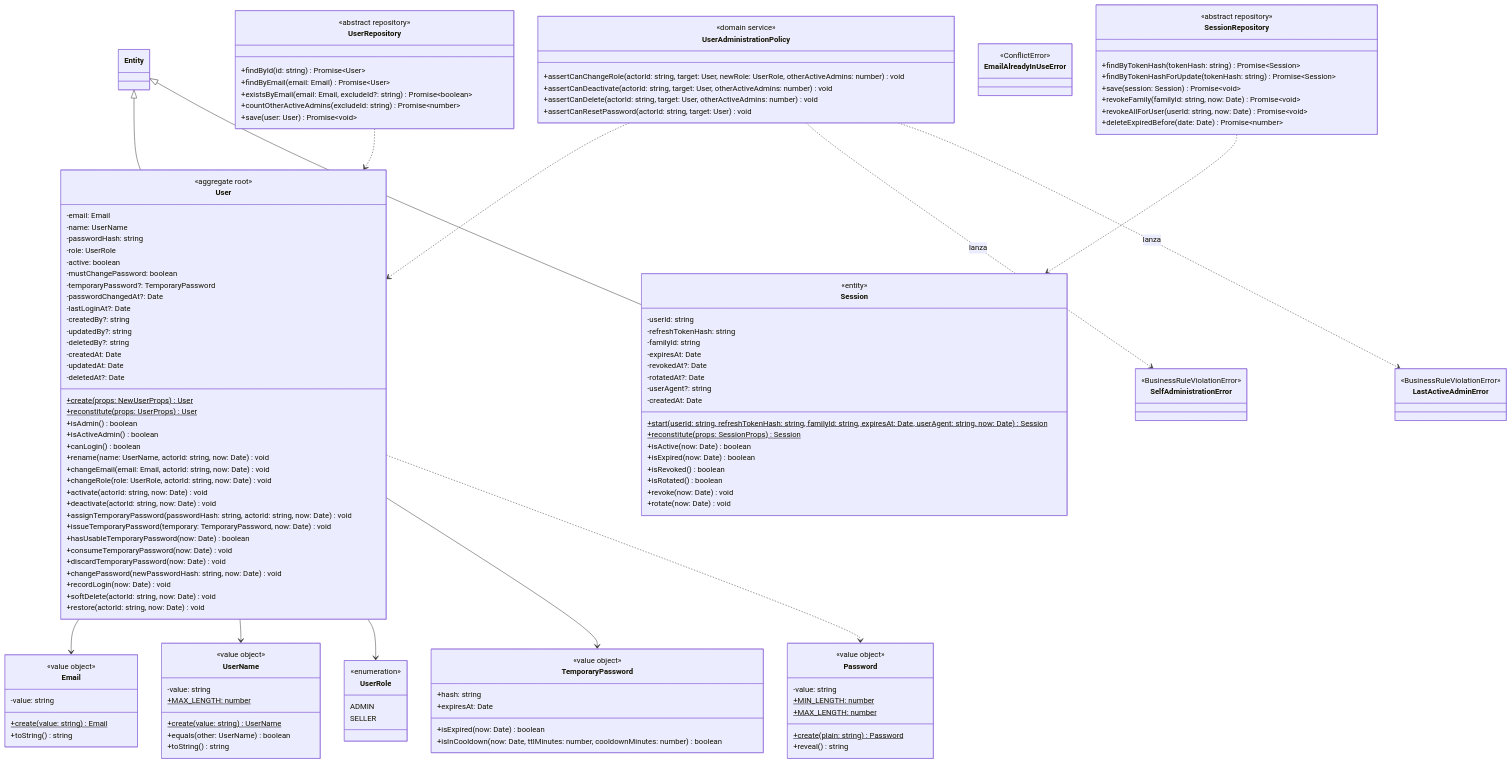
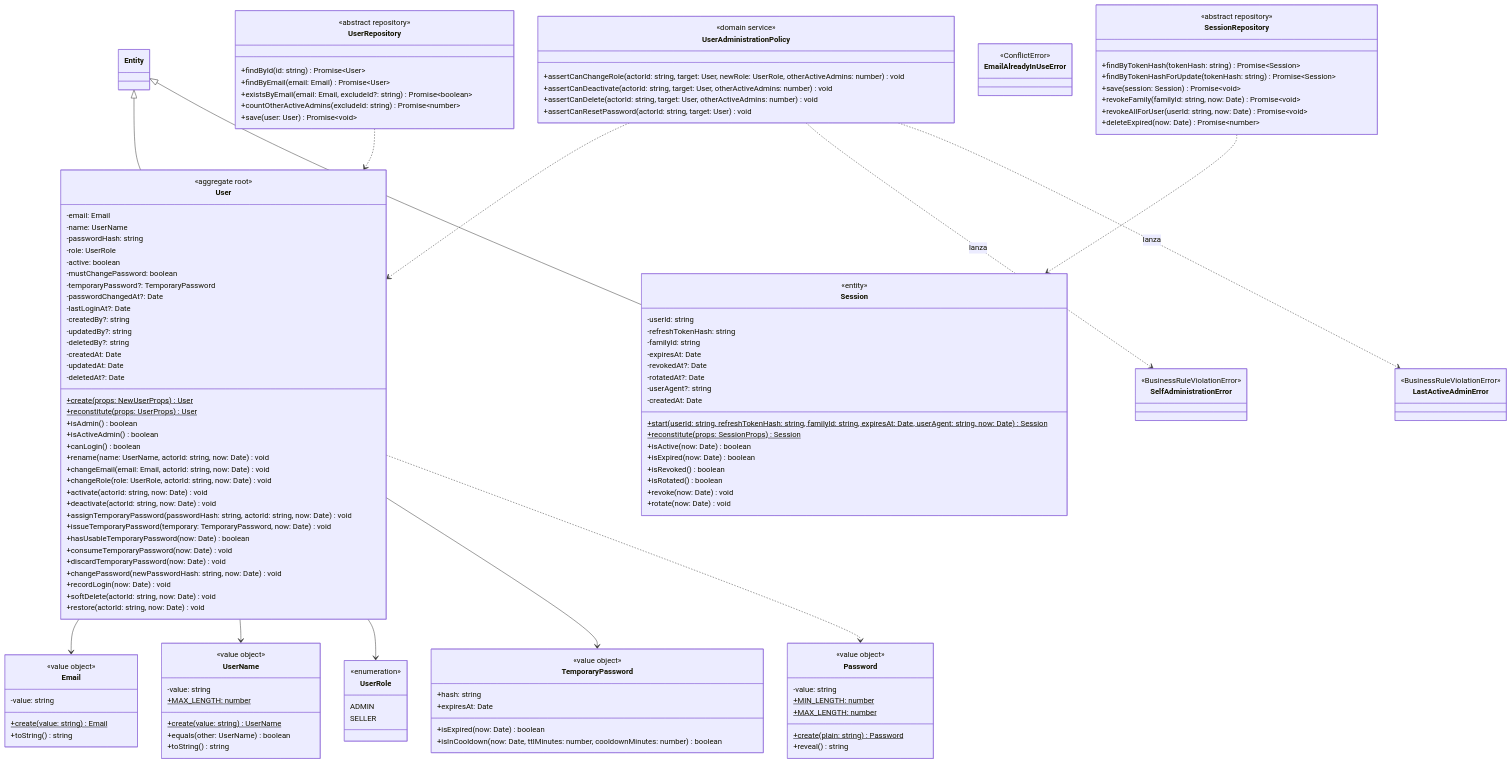
One commit to FrancoGhilardi/TFI-TUP-Ghilardi-Chiaravalloti changed the third of 11 diagrams in backend/docs/Backend.md. Above: the diagram before and after it, drawn with Mermaid. The commit also changed other lines of this file and 13 other files, not shown here.

```diff
--- a/backend/docs/Backend.md
+++ b/backend/docs/Backend.md
@@ -592,7 +592,7 @@
         +save(session: Session) Promise~void~
         +revokeFamily(familyId: string, now: Date) Promise~void~
         +revokeAllForUser(userId: string, now: Date) Promise~void~
-        +deleteExpiredBefore(date: Date) Promise~number~
+        +deleteExpired(now: Date) Promise~number~
     }
 
     class SelfAdministrationError { <<BusinessRuleViolationError>> }
```
